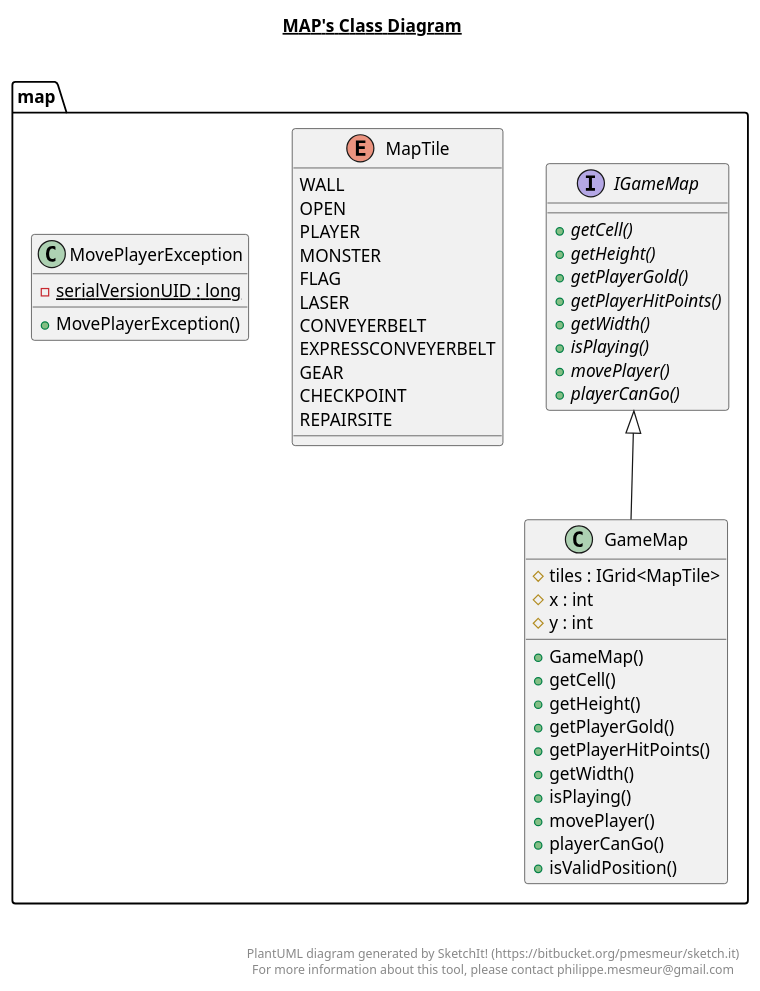
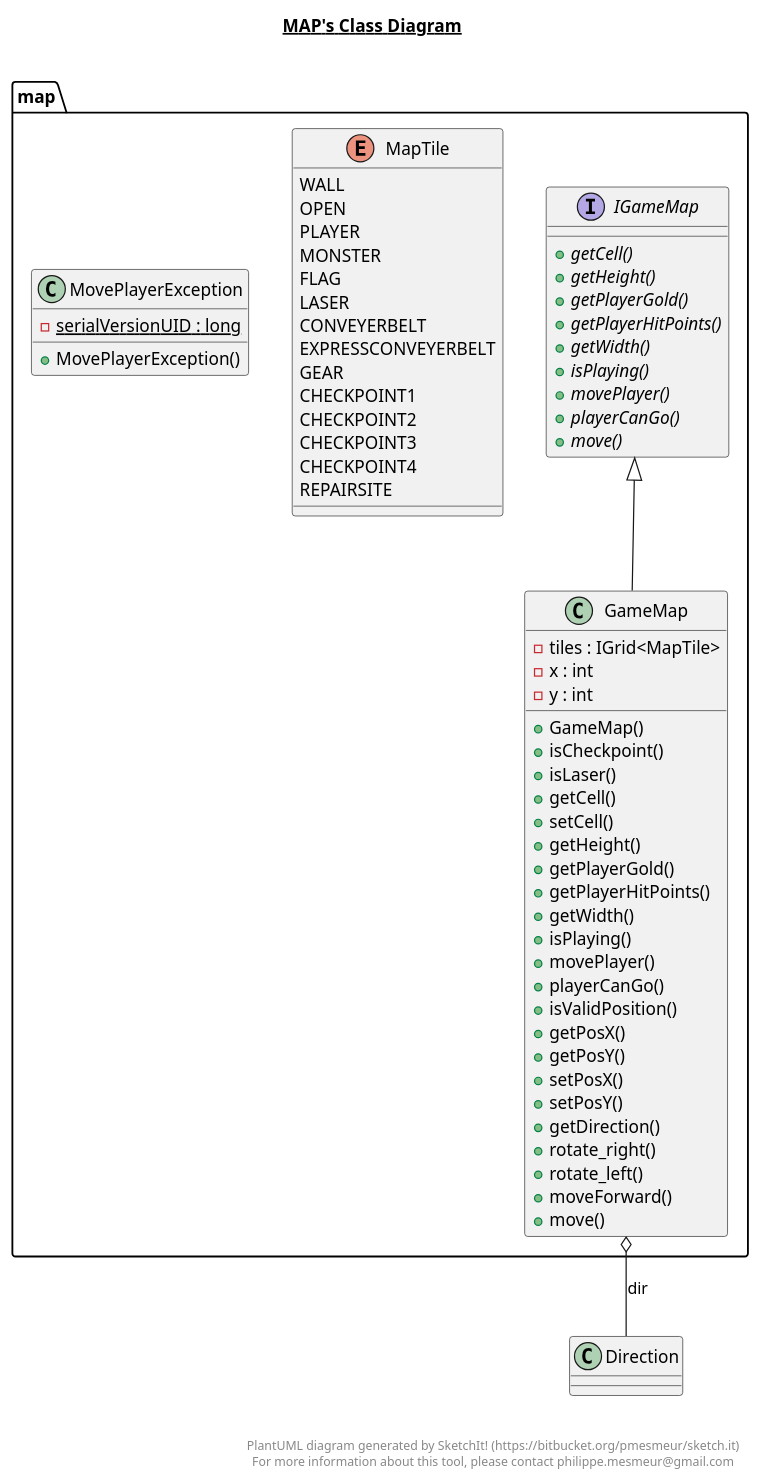
One commit to inf112-v19/Thebadguys changed the diagram in src/main/java/map/map.plantuml. Above: the diagram before and after it, drawn with PlantUML. The commit also changed 7 other files, not shown here.

Commit message:
Updating UML

```diff
--- a/src/main/java/map/map.plantuml
+++ b/src/main/java/map/map.plantuml
@@ -1,73 +1,90 @@
 @startuml
 
 title __MAP's Class Diagram__\n
 
   package map {
     class GameMap {
-        # tiles : IGrid<MapTile>
-        # x : int
-        # y : int
+        - tiles : IGrid<MapTile>
+        - x : int
+        - y : int
         + GameMap()
+        + isCheckpoint()
+        + isLaser()
         + getCell()
+        + setCell()
         + getHeight()
         + getPlayerGold()
         + getPlayerHitPoints()
         + getWidth()
         + isPlaying()
         + movePlayer()
         + playerCanGo()
         + isValidPosition()
+        + getPosX()
+        + getPosY()
+        + setPosX()
+        + setPosY()
+        + getDirection()
+        + rotate_right()
+        + rotate_left()
+        + moveForward()
+        + move()
     }
   }
   
 
   package map {
     interface IGameMap {
         {abstract} + getCell()
         {abstract} + getHeight()
         {abstract} + getPlayerGold()
         {abstract} + getPlayerHitPoints()
         {abstract} + getWidth()
         {abstract} + isPlaying()
         {abstract} + movePlayer()
         {abstract} + playerCanGo()
+        {abstract} + move()
     }
   }
   
 
   package map {
     enum MapTile {
       WALL
       OPEN
       PLAYER
       MONSTER
       FLAG
       LASER
       CONVEYERBELT
       EXPRESSCONVEYERBELT
       GEAR
-      CHECKPOINT
+      CHECKPOINT1
+      CHECKPOINT2
+      CHECKPOINT3
+      CHECKPOINT4
       REPAIRSITE
     }
   }
   
 
   package map {
     class MovePlayerException {
         {static} - serialVersionUID : long
         + MovePlayerException()
     }
   }
   
 
   GameMap -up-|> IGameMap
+  GameMap o-- Direction : dir
 
 
 right footer
 
 
 PlantUML diagram generated by SketchIt! (https://bitbucket.org/pmesmeur/sketch.it)
 For more information about this tool, please contact philippe.mesmeur@gmail.com
 endfooter
 
 @enduml
```
